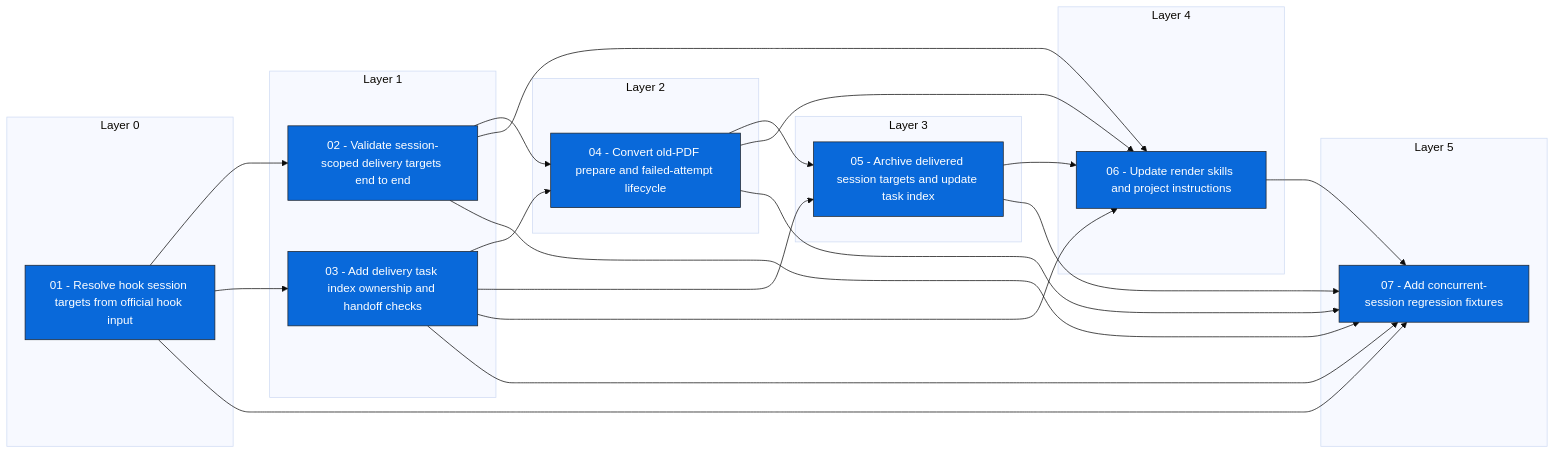
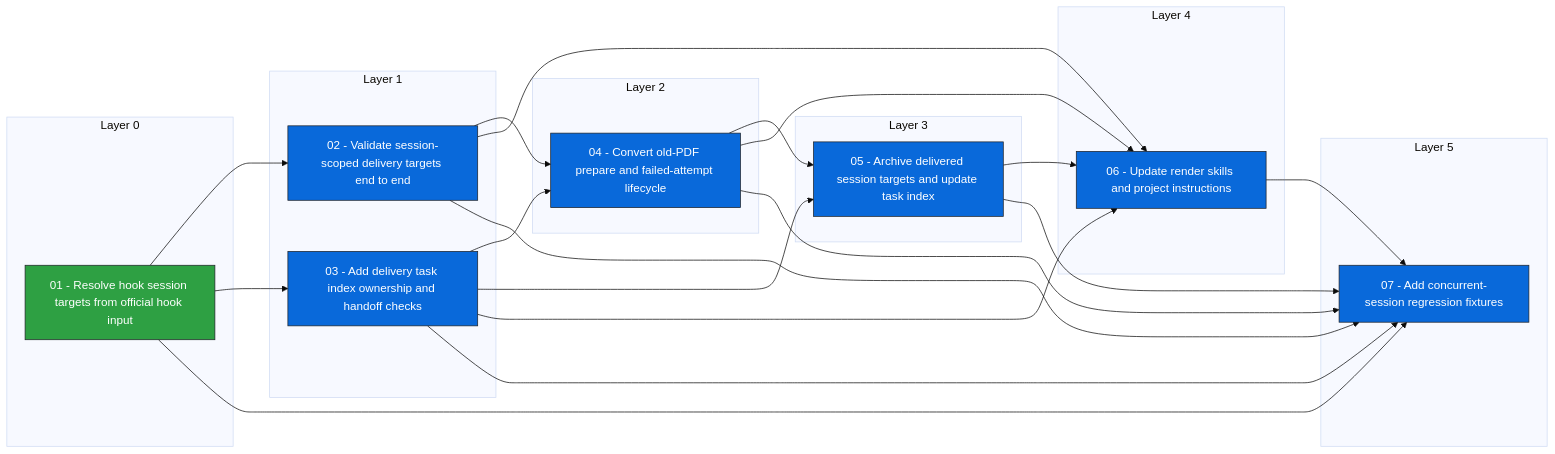
The diagram in docs/issues/_views/session-scoped-final-delivery-guard-dependencies.md (Nishijujuba/video2pdf), drawn with Mermaid (base theme) before and after one commit. The commit also changed other lines of this file and 9 other files, not shown here.

Commit message:
Implement session-scoped hook target resolution

````diff
--- a/docs/issues/_views/session-scoped-final-delivery-guard-dependencies.md
+++ b/docs/issues/_views/session-scoped-final-delivery-guard-dependencies.md
@@ -29,54 +28,54 @@
 ```mermaid
 flowchart LR
   subgraph layer_0["Layer 0"]
     n_01_resolve_hook_session_targets_from_official_hook_input["01 - Resolve hook session targets from official hook input"]
   end
   subgraph layer_1["Layer 1"]
     n_02_validate_session_scoped_delivery_targets_end_to_end["02 - Validate session-scoped delivery targets end to end"]
     n_03_add_delivery_task_index_ownership_and_handoff_checks["03 - Add delivery task index ownership and handoff checks"]
   end
   subgraph layer_2["Layer 2"]
     n_04_convert_old_pdf_prepare_and_failed_attempt_lifecycle["04 - Convert old-PDF prepare and failed-attempt lifecycle"]
   end
   subgraph layer_3["Layer 3"]
     n_05_archive_delivered_session_targets_and_update_task_index["05 - Archive delivered session targets and update task index"]
   end
   subgraph layer_4["Layer 4"]
     n_06_update_render_skills_and_project_instructions["06 - Update render skills and project instructions"]
   end
   subgraph layer_5["Layer 5"]
     n_07_add_concurrent_session_regression_fixtures["07 - Add concurrent-session regression fixtures"]
   end
   n_01_resolve_hook_session_targets_from_official_hook_input --> n_02_validate_session_scoped_delivery_targets_end_to_end
   n_01_resolve_hook_session_targets_from_official_hook_input --> n_03_add_delivery_task_index_ownership_and_handoff_checks
   n_02_validate_session_scoped_delivery_targets_end_to_end --> n_04_convert_old_pdf_prepare_and_failed_attempt_lifecycle
   n_03_add_delivery_task_index_ownership_and_handoff_checks --> n_04_convert_old_pdf_prepare_and_failed_attempt_lifecycle
   n_03_add_delivery_task_index_ownership_and_handoff_checks --> n_05_archive_delivered_session_targets_and_update_task_index
   n_04_convert_old_pdf_prepare_and_failed_attempt_lifecycle --> n_05_archive_delivered_session_targets_and_update_task_index
   n_02_validate_session_scoped_delivery_targets_end_to_end --> n_06_update_render_skills_and_project_instructions
   n_03_add_delivery_task_index_ownership_and_handoff_checks --> n_06_update_render_skills_and_project_instructions
   n_04_convert_old_pdf_prepare_and_failed_attempt_lifecycle --> n_06_update_render_skills_and_project_instructions
   n_05_archive_delivered_session_targets_and_update_task_index --> n_06_update_render_skills_and_project_instructions
   n_01_resolve_hook_session_targets_from_official_hook_input --> n_07_add_concurrent_session_regression_fixtures
   n_02_validate_session_scoped_delivery_targets_end_to_end --> n_07_add_concurrent_session_regression_fixtures
   n_03_add_delivery_task_index_ownership_and_handoff_checks --> n_07_add_concurrent_session_regression_fixtures
   n_04_convert_old_pdf_prepare_and_failed_attempt_lifecycle --> n_07_add_concurrent_session_regression_fixtures
   n_05_archive_delivered_session_targets_and_update_task_index --> n_07_add_concurrent_session_regression_fixtures
   n_06_update_render_skills_and_project_instructions --> n_07_add_concurrent_session_regression_fixtures
-  class n_01_resolve_hook_session_targets_from_official_hook_input ready_for_agent
+  class n_01_resolve_hook_session_targets_from_official_hook_input done
   class n_02_validate_session_scoped_delivery_targets_end_to_end ready_for_agent
   class n_03_add_delivery_task_index_ownership_and_handoff_checks ready_for_agent
   class n_04_convert_old_pdf_prepare_and_failed_attempt_lifecycle ready_for_agent
   class n_05_archive_delivered_session_targets_and_update_task_index ready_for_agent
   class n_06_update_render_skills_and_project_instructions ready_for_agent
   class n_07_add_concurrent_session_regression_fixtures ready_for_agent
   classDef done fill:#2ea043,stroke:#1f2328,color:#ffffff
   classDef ready_for_agent fill:#0969da,stroke:#1f2328,color:#ffffff
   classDef ready_for_human fill:#8250df,stroke:#1f2328,color:#ffffff
   classDef in_progress fill:#d4a72c,stroke:#1f2328,color:#ffffff
   classDef blocked fill:#cf222e,stroke:#1f2328,color:#ffffff
   classDef in_review fill:#bc4c00,stroke:#1f2328,color:#ffffff
   classDef needs_info fill:#8c959f,stroke:#1f2328,color:#ffffff
   classDef needs_triage fill:#d0d7de,stroke:#1f2328,color:#ffffff
   classDef wontfix fill:#57606a,stroke:#1f2328,color:#ffffff
 ```
````
